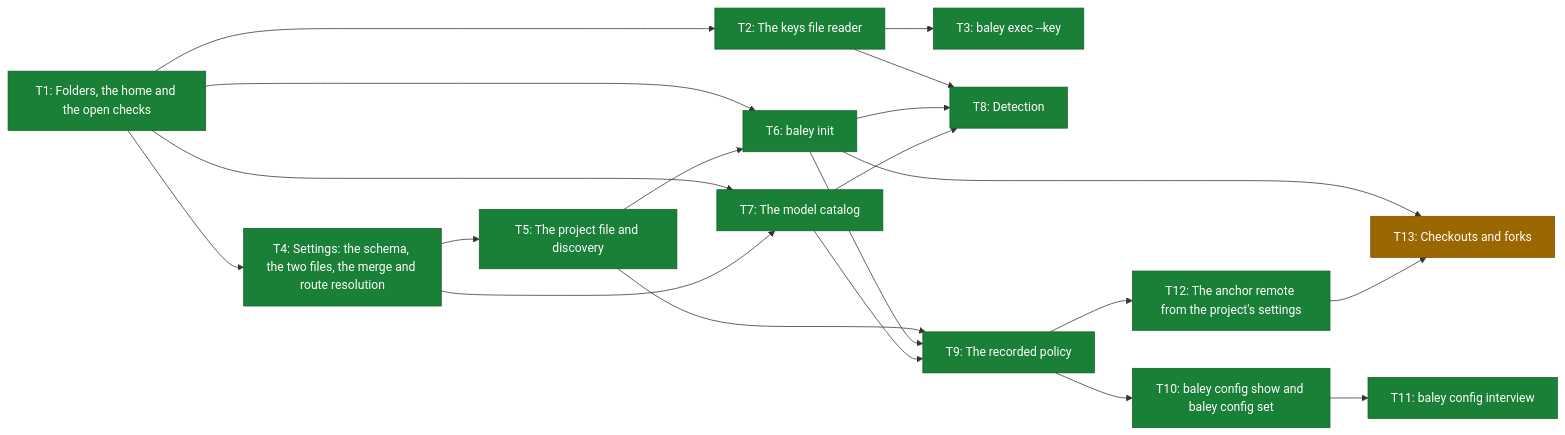
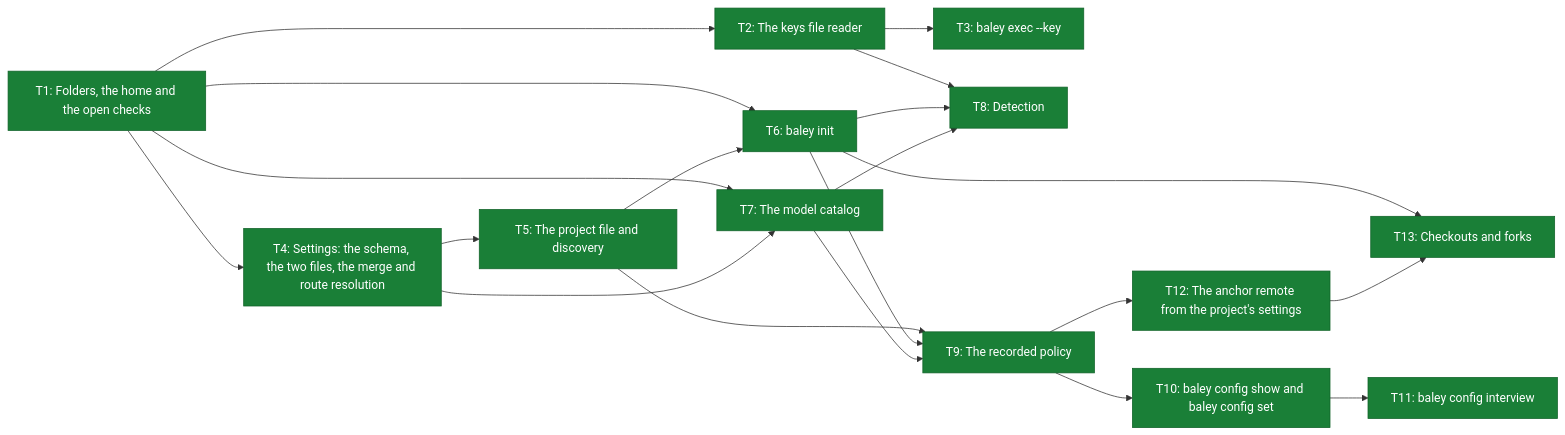
One commit to crenshawdev/baley changed the third of 3 diagrams in docs/roadmap.md. Above: the diagram before and after it, drawn with Mermaid. The commit also changed other lines of this file, not shown here.

First line of the commit message:
docs(roadmap): mark build 2 t13 merged, build 2 done and build 3 next

````diff
--- a/docs/roadmap.md
+++ b/docs/roadmap.md
@@ -100,42 +100,40 @@
 ```mermaid
 flowchart LR
     T1["T1: Folders, the home and the open checks"]
     T2["T2: The keys file reader"]
     T3["T3: baley exec --key"]
     T4["T4: Settings: the schema, the two files, the merge and route resolution"]
     T5["T5: The project file and discovery"]
     T6["T6: baley init"]
     T7["T7: The model catalog"]
     T8["T8: Detection"]
     T9["T9: The recorded policy"]
     T10["T10: baley config show and baley config set"]
     T11["T11: baley config interview"]
     T12["T12: The anchor remote from the project's settings"]
     T13["T13: Checkouts and forks"]
 
     T1 --> T2
     T1 --> T4
     T1 --> T6
     T1 --> T7
     T2 --> T3
     T2 --> T8
     T4 --> T5
     T4 --> T7
     T5 --> T6
     T5 --> T9
     T6 --> T8
     T6 --> T9
     T6 --> T13
     T7 --> T8
     T7 --> T9
     T9 --> T10
     T9 --> T12
     T10 --> T11
     T12 --> T13
 
     classDef done fill:#1a7f37,stroke:#116329,color:#ffffff
-    classDef progress fill:#9a6700,stroke:#7d4e00,color:#ffffff
     classDef planned fill:#eaeef2,stroke:#6e7781,color:#24292f
-    class T1,T2,T3,T4,T5,T6,T7,T8,T9,T10,T11,T12 done
-    class T13 progress
+    class T1,T2,T3,T4,T5,T6,T7,T8,T9,T10,T11,T12,T13 done
 ```
````
